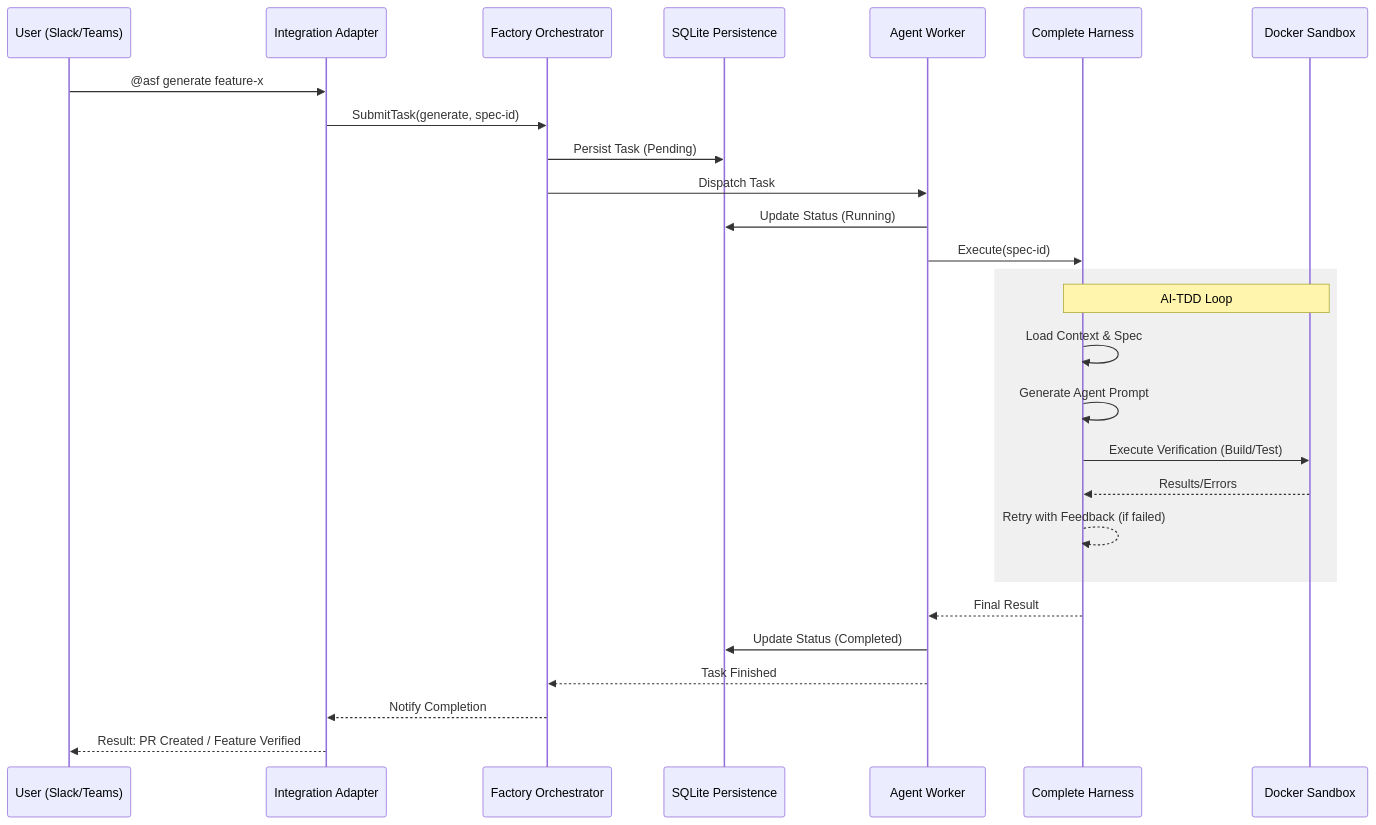
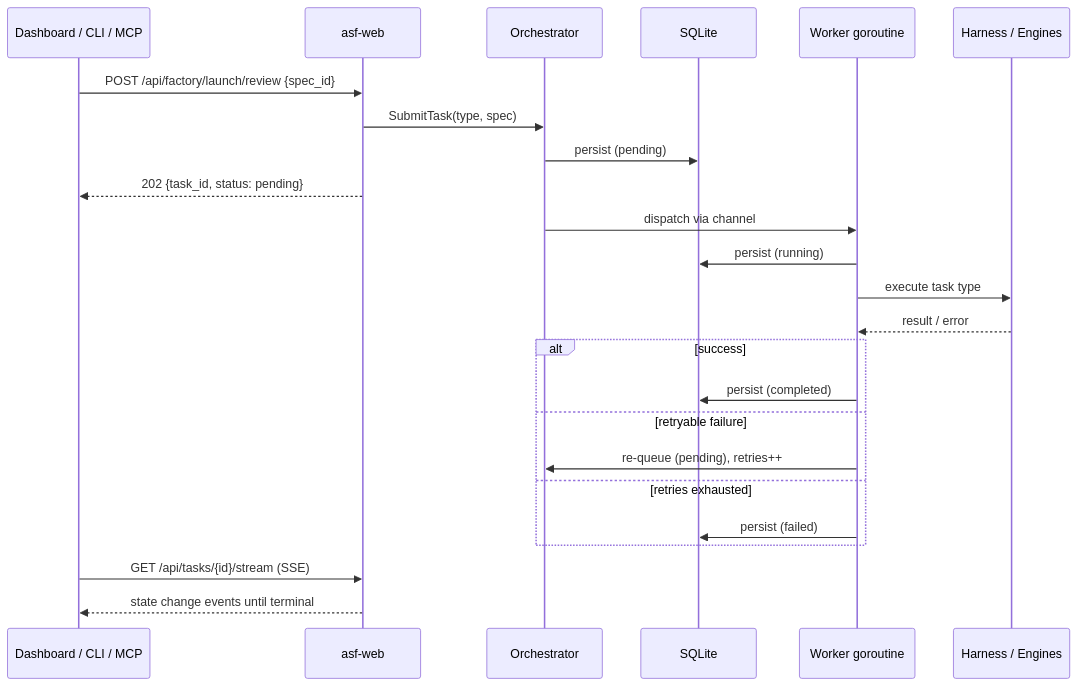
One commit to PratikDhanave/agentic-software-factory-go changed the second of 3 diagrams in README.md. Above: the diagram before and after it, drawn with Mermaid. The commit also changed other lines of this file and 4 other files, not shown here.

````diff
--- a/README.md
+++ b/README.md
@@ -60,32 +87,27 @@
 ```mermaid
 sequenceDiagram
-    participant User as User (Slack/Teams)
-    participant Adapter as Integration Adapter
-    participant Orch as Factory Orchestrator
-    participant DB as SQLite Persistence
-    participant Worker as Agent Worker
-    participant Harness as Complete Harness
-    participant Sandbox as Docker Sandbox
+    participant UI as Dashboard / CLI / MCP
+    participant API as asf-web
+    participant Orch as Orchestrator
+    participant DB as SQLite
+    participant Worker as Worker goroutine
+    participant Harness as Harness / Engines
 
-    User->>Adapter: @asf generate feature-x
-    Adapter->>Orch: SubmitTask(generate, spec-id)
-    Orch->>DB: Persist Task (Pending)
-    Orch->>Worker: Dispatch Task
-    Worker->>DB: Update Status (Running)
-    Worker->>Harness: Execute(spec-id)
-    
-    rect rgb(240, 240, 240)
-    Note over Harness, Sandbox: AI-TDD Loop
-    Harness->>Harness: Load Context & Spec
-    Harness->>Harness: Generate Agent Prompt
-    Harness->>Sandbox: Execute Verification (Build/Test)
-    Sandbox-->>Harness: Results/Errors
-    Harness-->>Harness: Retry with Feedback (if failed)
+    UI->>API: POST /api/factory/launch/review {spec_id}
+    API->>Orch: SubmitTask(type, spec)
+    Orch->>DB: persist (pending)
+    API-->>UI: 202 {task_id, status: pending}
+    Orch->>Worker: dispatch via channel
+    Worker->>DB: persist (running)
+    Worker->>Harness: execute task type
+    Harness-->>Worker: result / error
+    alt success
+        Worker->>DB: persist (completed)
+    else retryable failure
+        Worker->>Orch: re-queue (pending), retries++
+    else retries exhausted
+        Worker->>DB: persist (failed)
     end
-
-    Harness-->>Worker: Final Result
-    Worker->>DB: Update Status (Completed)
-    Worker-->>Orch: Task Finished
-    Orch-->>Adapter: Notify Completion
-    Adapter-->>User: Result: PR Created / Feature Verified
+    UI->>API: GET /api/tasks/{id}/stream (SSE)
+    API-->>UI: state change events until terminal
 ```
````
